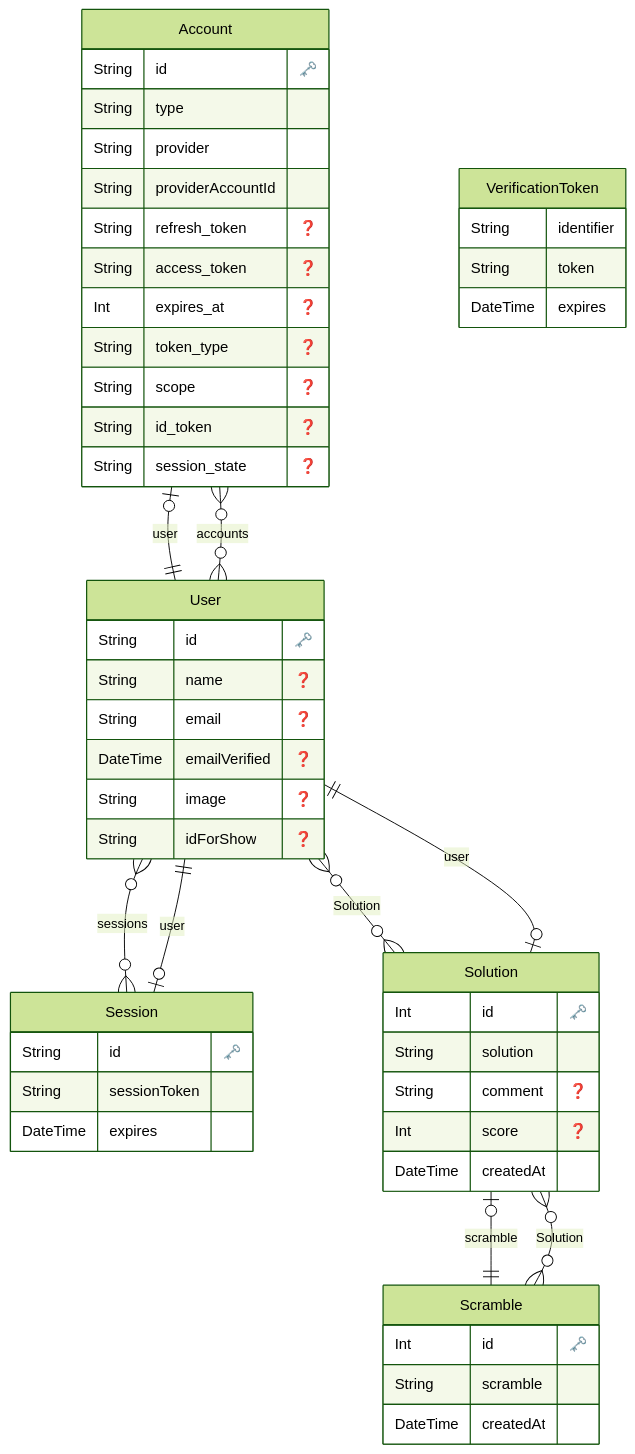
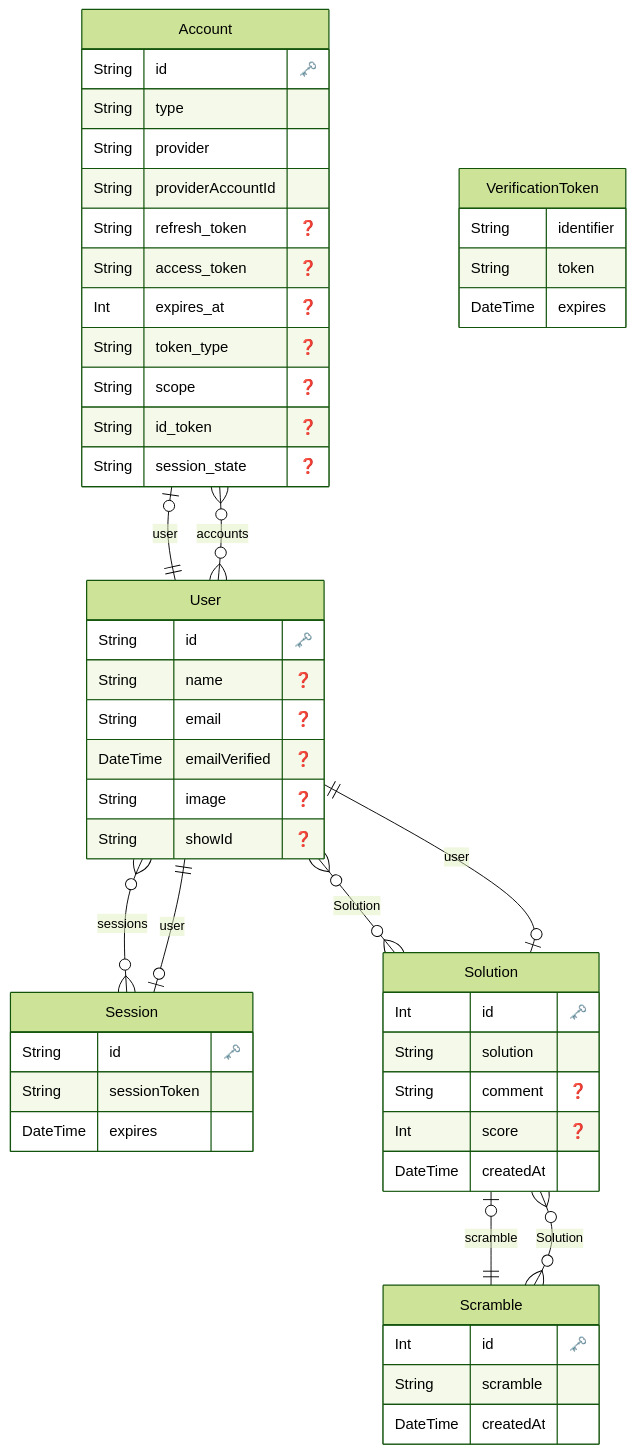
The diagram in prisma/README.md (sKawashima/fmc-logger), drawn with Mermaid (forest theme) before and after one commit. The commit also changed 3 other files, not shown here.

````diff
--- a/prisma/README.md
+++ b/prisma/README.md
@@ -1,66 +1,66 @@
 ```mermaid
 erDiagram
 
   "Account" {
     String id "🗝️"
     String type
     String provider
     String providerAccountId
     String refresh_token "❓"
     String access_token "❓"
     Int expires_at "❓"
     String token_type "❓"
     String scope "❓"
     String id_token "❓"
     String session_state "❓"
     }
 
 
   "Session" {
     String id "🗝️"
     String sessionToken
     DateTime expires
     }
 
 
   "User" {
     String id "🗝️"
     String name "❓"
     String email "❓"
     DateTime emailVerified "❓"
     String image "❓"
-    String idForShow "❓"
+    String showId "❓"
     }
 
 
   "VerificationToken" {
     String identifier
     String token
     DateTime expires
     }
 
 
   "Scramble" {
     Int id "🗝️"
     String scramble
     DateTime createdAt
     }
 
 
   "Solution" {
     Int id "🗝️"
     String solution
     String comment "❓"
     Int score "❓"
     DateTime createdAt
     }
 
     "Account" o|--|| "User" : "user"
     "Session" o|--|| "User" : "user"
     "User" o{--}o "Account" : "accounts"
     "User" o{--}o "Session" : "sessions"
     "User" o{--}o "Solution" : "Solution"
     "Scramble" o{--}o "Solution" : "Solution"
     "Solution" o|--|| "Scramble" : "scramble"
     "Solution" o|--|| "User" : "user"
 ```
````
